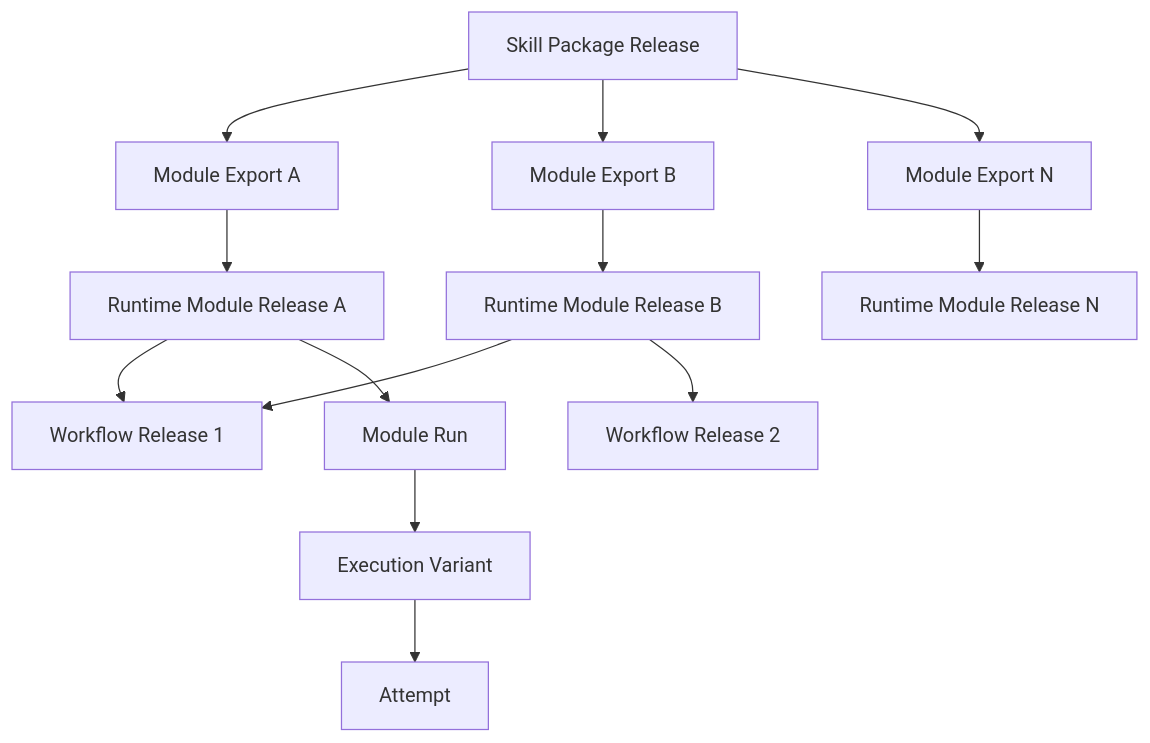
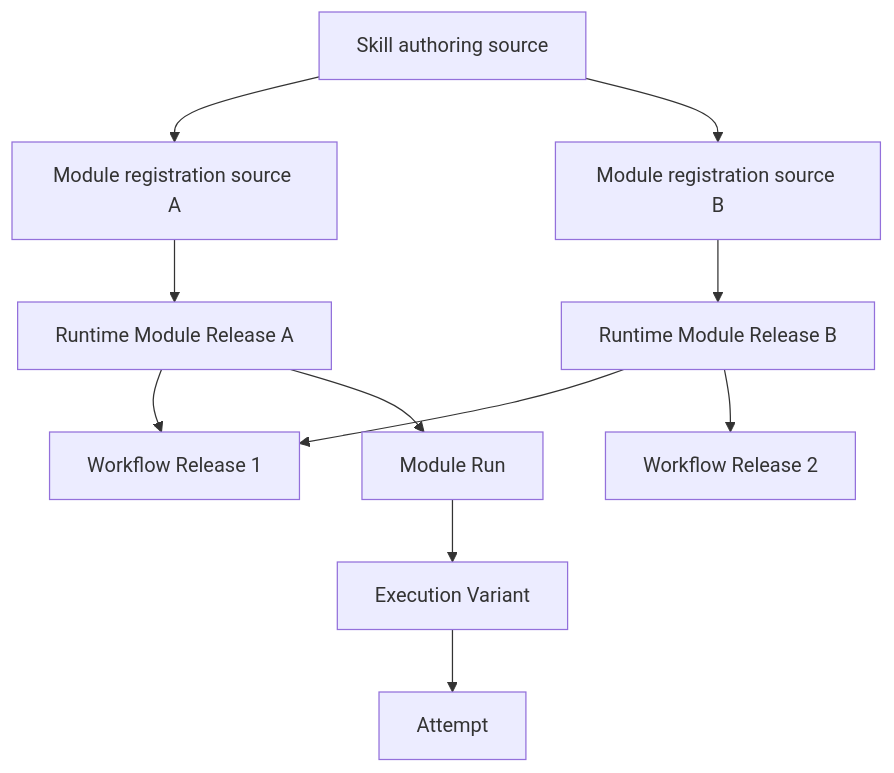
The first of 6 diagrams in src/agent_runtime/design_contract/agent_runtime_01_module_contract_and_assembly.md (bobaoai/agent_runtime), drawn with Mermaid before and after one commit. The commit also changed other lines of this file and 62 other files, not shown here.

Commit message:
refactor: separate skill review from runtime modules

````diff
--- a/src/agent_runtime/design_contract/agent_runtime_01_module_contract_and_assembly.md
+++ b/src/agent_runtime/design_contract/agent_runtime_01_module_contract_and_assembly.md
@@ -93,18 +91,16 @@
 ```mermaid
 flowchart TB
-    SP["Skill Package Release"] --> E1["Module Export A"]
-    SP --> E2["Module Export B"]
-    SP --> EN["Module Export N"]
+    S["Skill authoring source"] --> A["Module registration source A"]
+    S --> B["Module registration source B"]
 
-    E1 --> M1["Runtime Module Release A"]
-    E2 --> M2["Runtime Module Release B"]
-    EN --> MN["Runtime Module Release N"]
+    A --> M1["Runtime Module Release A"]
+    B --> M2["Runtime Module Release B"]
 
     M1 --> W1["Workflow Release 1"]
     M2 --> W1
     M2 --> W2["Workflow Release 2"]
 
     M1 --> R1["Module Run"]
     R1 --> V1["Execution Variant"]
     V1 --> A1["Attempt"]
 ```
````
